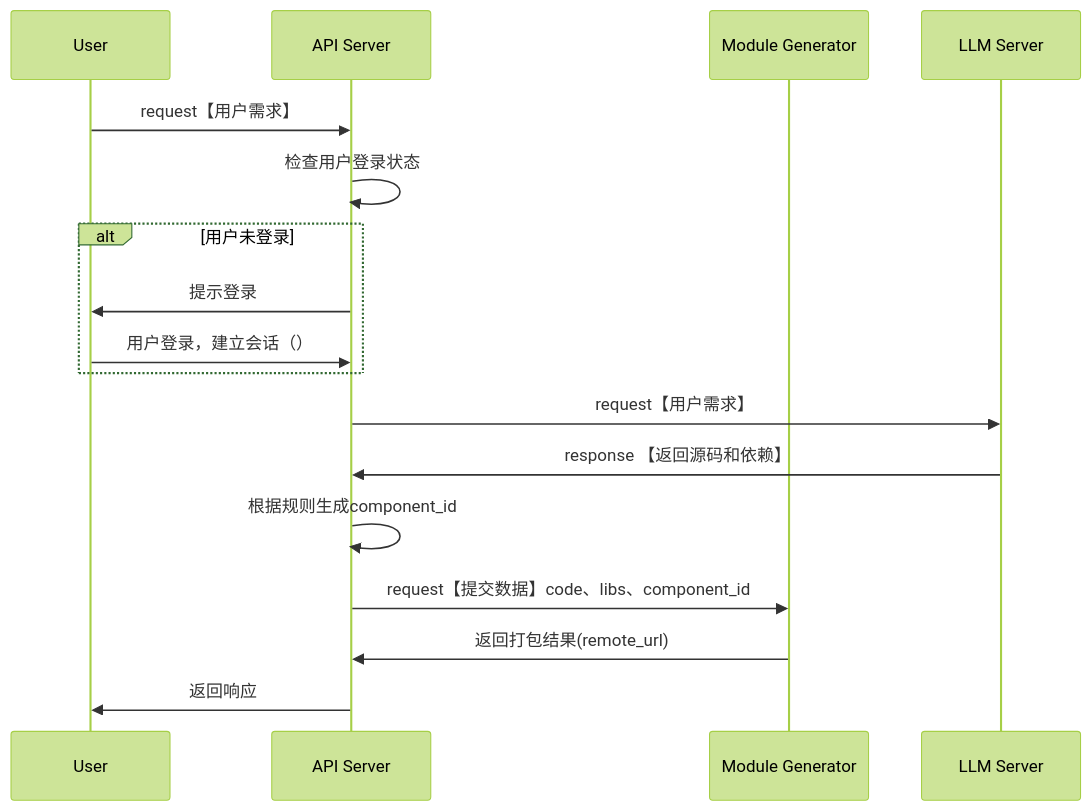
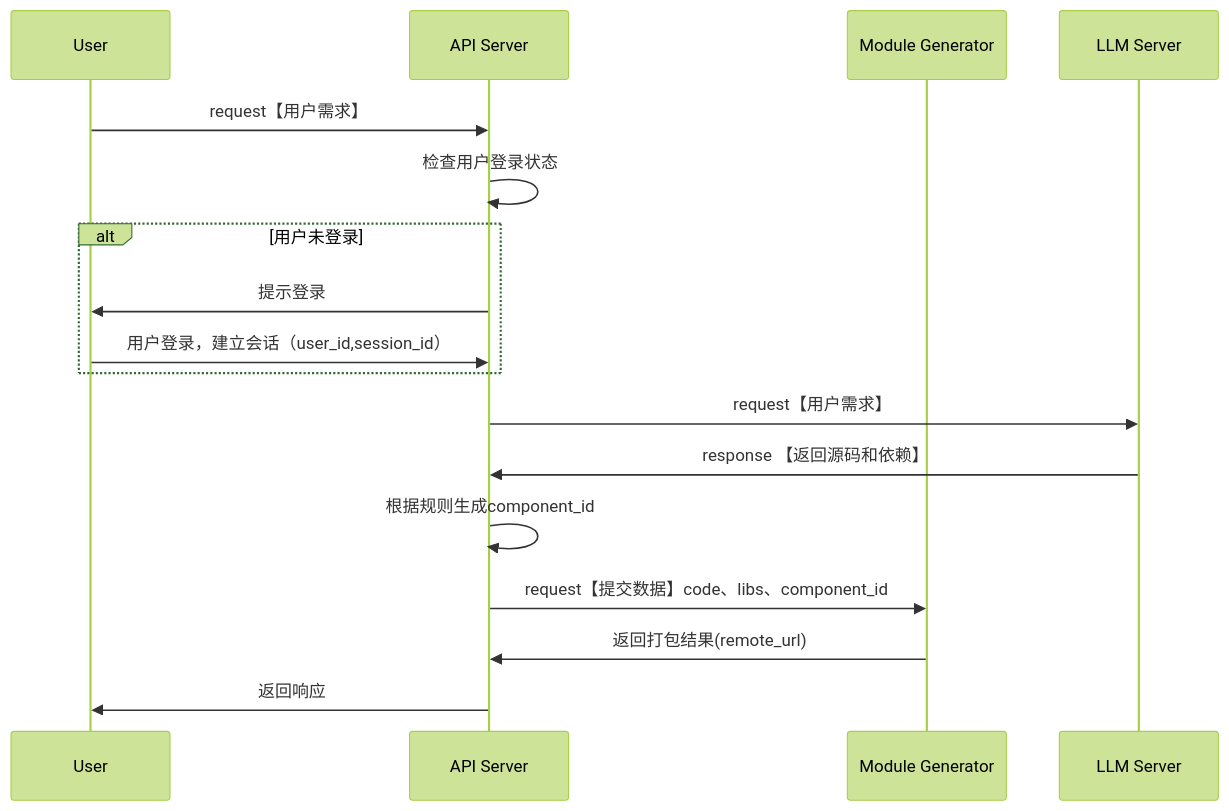
The diagram in all/未命名-7.md (yingjianzh/iodraw-files), drawn with Mermaid (forest theme) before and after one commit.

Commit message:
2024-10-08 15:44:06 update

````diff
--- a/all/未命名-7.md
+++ b/all/未命名-7.md
@@ -1,23 +1,23 @@
 ```mermaid
 sequenceDiagram
     participant User
     participant API Server
     participant Module Generator
     participant LLM Server
 
     User->>API Server: request【用户需求】
     API Server->>API Server: 检查用户登录状态
     alt 用户未登录
         API Server->>User: 提示登录
-        User->>API Server: 用户登录，建立会话（）
+        User->>API Server: 用户登录，建立会话（user_id,session_id）
     end
 
     API Server->>LLM Server: request【用户需求】
     LLM Server->>API Server: response 【返回源码和依赖】
     API Server->>API Server: 根据规则生成component_id
     API Server->>Module Generator: request【提交数据】code、libs、component_id
     Module Generator->>API Server: 返回打包结果(remote_url)
 
     API Server->>User: 返回响应
 
 ```
````
